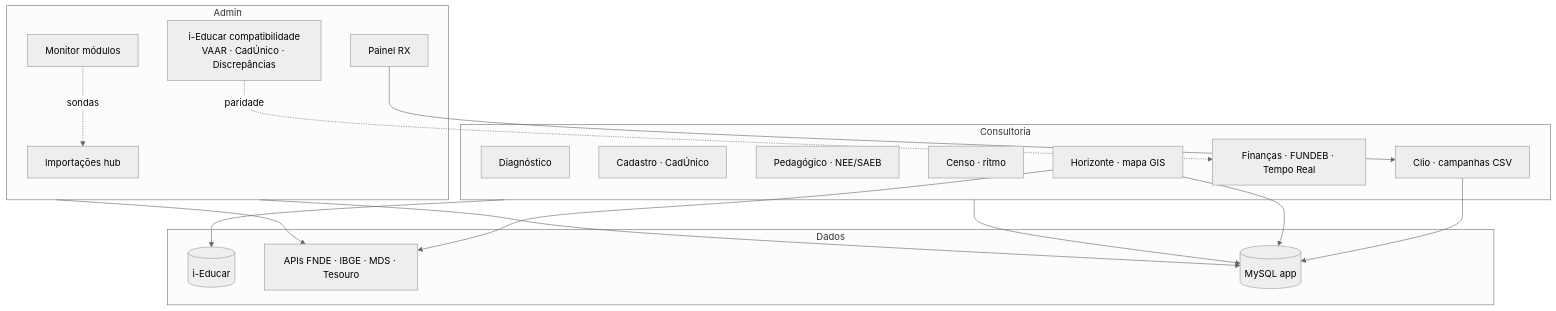
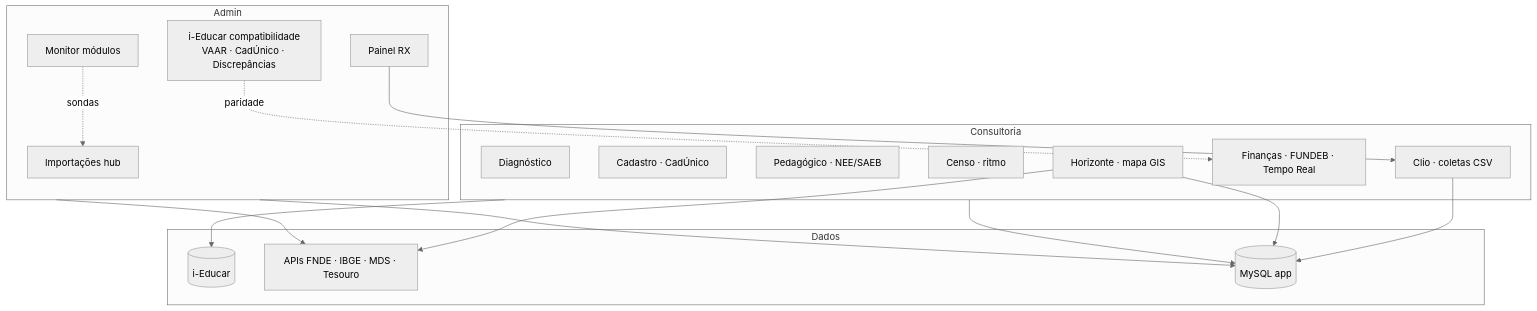
The diagram in docs/STATUS_PROJETO.md (JaderGabriel/serventec-servlitcys), drawn with Mermaid (neutral theme) before and after one commit. The commit also changed other lines of this file and 52 other files, not shown here.

````diff
--- a/docs/STATUS_PROJETO.md
+++ b/docs/STATUS_PROJETO.md
@@ -13,36 +13,36 @@
 ```mermaid
 flowchart TB
     subgraph Consultoria
         D[Diagnóstico]
         CAD[Cadastro · CadÚnico]
         PED[Pedagógico · NEE/SAEB]
         CEN[Censo · ritmo]
-        CLI[Clio · campanhas CSV]
+        CLI[Clio · coletas CSV]
         FIN[Finanças · FUNDEB · Tempo Real]
         HOR[Horizonte · mapa GIS]
     end
 
     subgraph Admin
         IMP[Importações hub]
         COMP[i-Educar compatibilidade<br/>VAAR · CadÚnico · Discrepâncias]
         RX[Painel RX]
         Mon[Monitor módulos]
     end
 
     subgraph Dados
         IED[(i-Educar)]
         PUB[APIs FNDE · IBGE · MDS · Tesouro]
         LOC[(MySQL app)]
     end
 
     Consultoria --> IED
     Consultoria --> LOC
     CLI --> LOC
     RX --> CLI
     HOR --> PUB
     HOR --> LOC
     Admin --> PUB
     Admin --> LOC
     COMP -.->|paridade| FIN
     Mon -.->|sondas| IMP
 ```
````
